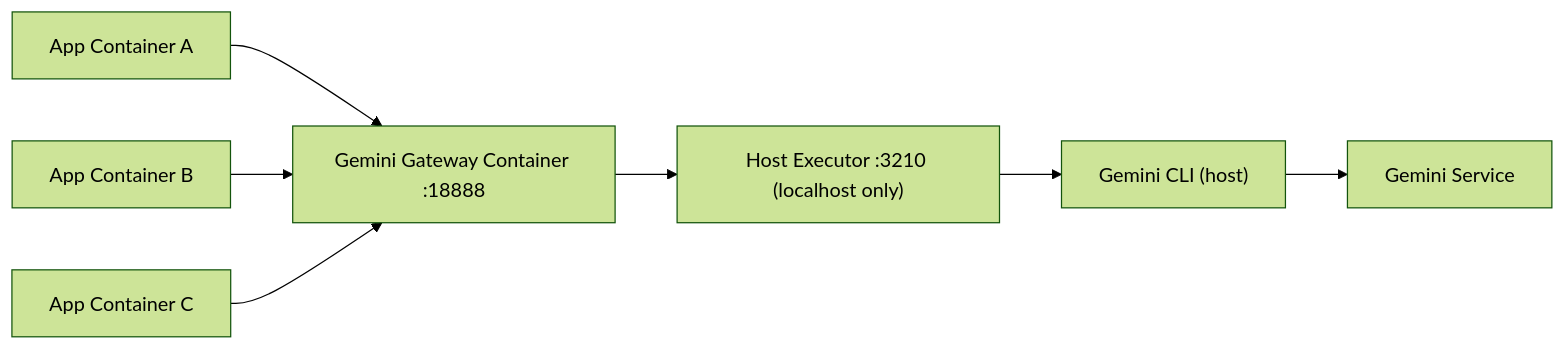
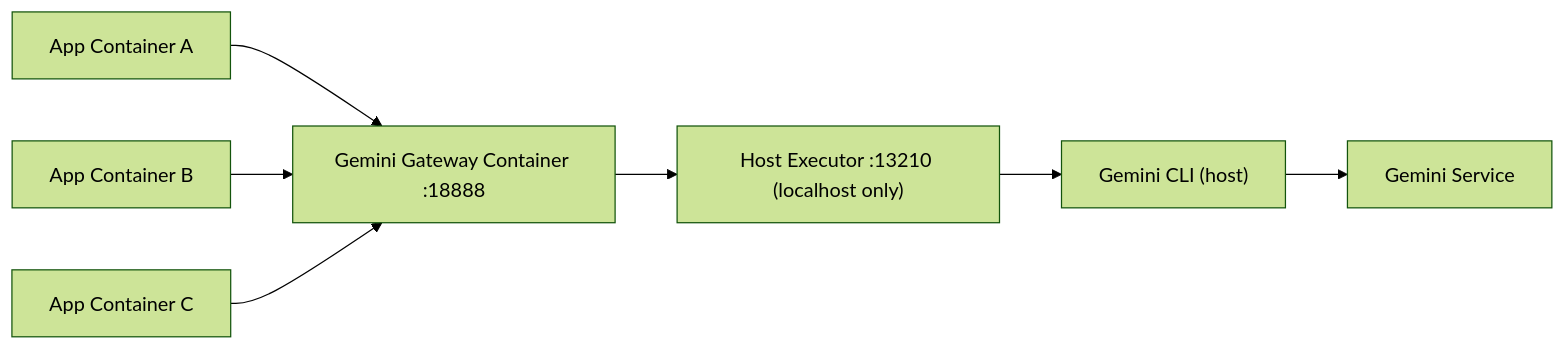
Before and after one commit to ColinsGitCode/TrillanguageSystem: the diagram in Docs/Operations/Gemini/GEMINI_CLI_调用方式详解.md, drawn with Mermaid (forest theme). The commit also changed other lines of this file and 9 other files, not shown here.

Commit message:
fix: use host gemini config and isolate executor port

````diff
--- a/Docs/Operations/Gemini/GEMINI_CLI_调用方式详解.md
+++ b/Docs/Operations/Gemini/GEMINI_CLI_调用方式详解.md
@@ -334,9 +335,9 @@
 ```mermaid
 flowchart LR
   A["App Container A"] --> G["Gemini Gateway Container :18888"]
   B["App Container B"] --> G
   C["App Container C"] --> G
-  G --> H["Host Executor :3210 (localhost only)"]
+  G --> H["Host Executor :13210 (localhost only)"]
   H --> CLI["Gemini CLI (host)"]
   CLI --> API["Gemini Service"]
 ```
````
